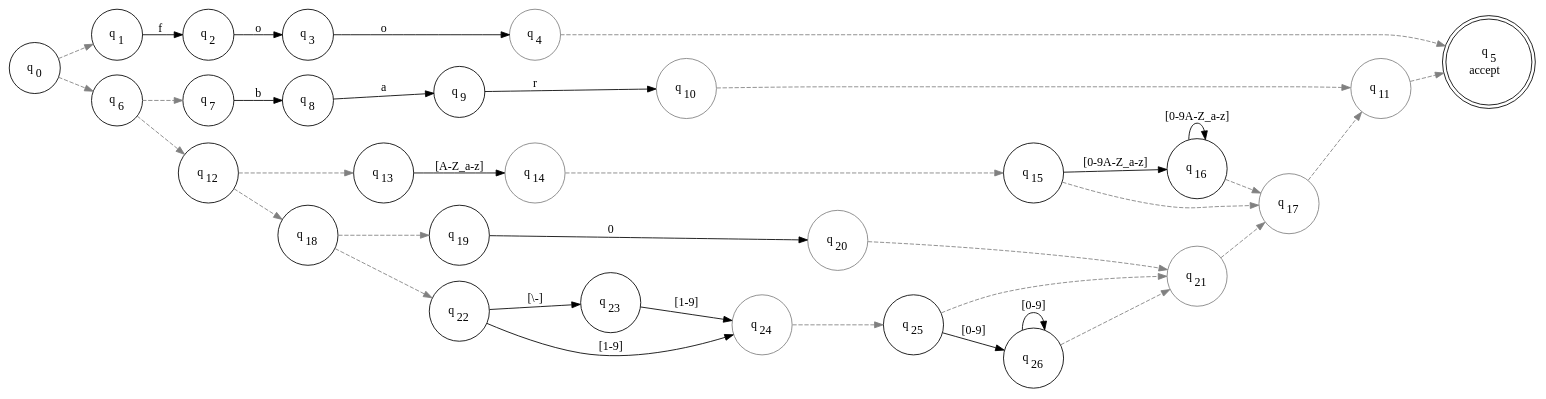
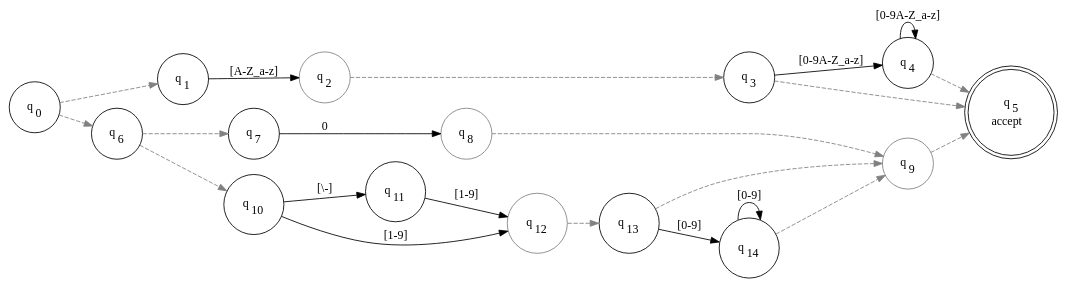
The diagram in SimpleDemo/expression_nfa.dot (codewitch-honey-crisis/FsmExplorer), drawn with Graphviz before and after one commit. The commit also changed 11 other files, not shown here.

```diff
--- a/SimpleDemo/expression_nfa.dot
+++ b/SimpleDemo/expression_nfa.dot
@@ -1,68 +1,42 @@
 digraph FA {
 rankdir=LR
 node [shape=circle]
 q0->q1 [style=dashed,color=gray]
 q0->q6 [style=dashed,color=gray]
-q1->q2 [label="f"]
-q2->q3 [label="o"]
-q3->q4 [label="o"]
+q1->q2 [label="[A-Z_a-z]"]
+q2->q3 [style=dashed,color=gray]
+q3->q4 [label="[0-9A-Z_a-z]"]
+q3->q5 [style=dashed,color=gray]
+q4->q4 [label="[0-9A-Z_a-z]"]
 q4->q5 [style=dashed,color=gray]
 q6->q7 [style=dashed,color=gray]
-q6->q12 [style=dashed,color=gray]
-q7->q8 [label="b"]
-q8->q9 [label="a"]
-q9->q10 [label="r"]
-q10->q11 [style=dashed,color=gray]
-q11->q5 [style=dashed,color=gray]
+q6->q10 [style=dashed,color=gray]
+q7->q8 [label="0"]
+q8->q9 [style=dashed,color=gray]
+q9->q5 [style=dashed,color=gray]
+q10->q11 [label="[\\-]"]
+q10->q12 [label="[1-9]"]
+q11->q12 [label="[1-9]"]
 q12->q13 [style=dashed,color=gray]
-q12->q18 [style=dashed,color=gray]
-q13->q14 [label="[A-Z_a-z]"]
-q14->q15 [style=dashed,color=gray]
-q15->q16 [label="[0-9A-Z_a-z]"]
-q15->q17 [style=dashed,color=gray]
-q16->q16 [label="[0-9A-Z_a-z]"]
-q16->q17 [style=dashed,color=gray]
-q17->q11 [style=dashed,color=gray]
-q18->q19 [style=dashed,color=gray]
-q18->q22 [style=dashed,color=gray]
-q19->q20 [label="0"]
-q20->q21 [style=dashed,color=gray]
-q21->q17 [style=dashed,color=gray]
-q22->q23 [label="[\\-]"]
-q22->q24 [label="[1-9]"]
-q23->q24 [label="[1-9]"]
-q24->q25 [style=dashed,color=gray]
-q25->q26 [label="[0-9]"]
-q25->q21 [style=dashed,color=gray]
-q26->q26 [label="[0-9]"]
-q26->q21 [style=dashed,color=gray]
+q13->q14 [label="[0-9]"]
+q13->q9 [style=dashed,color=gray]
+q14->q14 [label="[0-9]"]
+q14->q9 [style=dashed,color=gray]
 q0 [label=<<TABLE BORDER="0"><TR><TD>q<SUB>0</SUB></TD></TR></TABLE>>]
 q1 [label=<<TABLE BORDER="0"><TR><TD>q<SUB>1</SUB></TD></TR></TABLE>>]
-q2 [label=<<TABLE BORDER="0"><TR><TD>q<SUB>2</SUB></TD></TR></TABLE>>]
+q2 [label=<<TABLE BORDER="0"><TR><TD>q<SUB>2</SUB></TD></TR></TABLE>>,color=gray]
 q3 [label=<<TABLE BORDER="0"><TR><TD>q<SUB>3</SUB></TD></TR></TABLE>>]
-q4 [label=<<TABLE BORDER="0"><TR><TD>q<SUB>4</SUB></TD></TR></TABLE>>,color=gray]
+q4 [label=<<TABLE BORDER="0"><TR><TD>q<SUB>4</SUB></TD></TR></TABLE>>]
 q5 [label=<<TABLE BORDER="0"><TR><TD>q<SUB>5</SUB></TD></TR><TR><TD>accept</TD></TR></TABLE>>,shape=doublecircle]
 q6 [label=<<TABLE BORDER="0"><TR><TD>q<SUB>6</SUB></TD></TR></TABLE>>]
 q7 [label=<<TABLE BORDER="0"><TR><TD>q<SUB>7</SUB></TD></TR></TABLE>>]
-q8 [label=<<TABLE BORDER="0"><TR><TD>q<SUB>8</SUB></TD></TR></TABLE>>]
-q9 [label=<<TABLE BORDER="0"><TR><TD>q<SUB>9</SUB></TD></TR></TABLE>>]
-q10 [label=<<TABLE BORDER="0"><TR><TD>q<SUB>10</SUB></TD></TR></TABLE>>,color=gray]
-q11 [label=<<TABLE BORDER="0"><TR><TD>q<SUB>11</SUB></TD></TR></TABLE>>,color=gray]
-q12 [label=<<TABLE BORDER="0"><TR><TD>q<SUB>12</SUB></TD></TR></TABLE>>]
+q8 [label=<<TABLE BORDER="0"><TR><TD>q<SUB>8</SUB></TD></TR></TABLE>>,color=gray]
+q9 [label=<<TABLE BORDER="0"><TR><TD>q<SUB>9</SUB></TD></TR></TABLE>>,color=gray]
+q10 [label=<<TABLE BORDER="0"><TR><TD>q<SUB>10</SUB></TD></TR></TABLE>>]
+q11 [label=<<TABLE BORDER="0"><TR><TD>q<SUB>11</SUB></TD></TR></TABLE>>]
+q12 [label=<<TABLE BORDER="0"><TR><TD>q<SUB>12</SUB></TD></TR></TABLE>>,color=gray]
 q13 [label=<<TABLE BORDER="0"><TR><TD>q<SUB>13</SUB></TD></TR></TABLE>>]
-q14 [label=<<TABLE BORDER="0"><TR><TD>q<SUB>14</SUB></TD></TR></TABLE>>,color=gray]
-q15 [label=<<TABLE BORDER="0"><TR><TD>q<SUB>15</SUB></TD></TR></TABLE>>]
-q16 [label=<<TABLE BORDER="0"><TR><TD>q<SUB>16</SUB></TD></TR></TABLE>>]
-q17 [label=<<TABLE BORDER="0"><TR><TD>q<SUB>17</SUB></TD></TR></TABLE>>,color=gray]
-q18 [label=<<TABLE BORDER="0"><TR><TD>q<SUB>18</SUB></TD></TR></TABLE>>]
-q19 [label=<<TABLE BORDER="0"><TR><TD>q<SUB>19</SUB></TD></TR></TABLE>>]
-q20 [label=<<TABLE BORDER="0"><TR><TD>q<SUB>20</SUB></TD></TR></TABLE>>,color=gray]
-q21 [label=<<TABLE BORDER="0"><TR><TD>q<SUB>21</SUB></TD></TR></TABLE>>,color=gray]
-q22 [label=<<TABLE BORDER="0"><TR><TD>q<SUB>22</SUB></TD></TR></TABLE>>]
-q23 [label=<<TABLE BORDER="0"><TR><TD>q<SUB>23</SUB></TD></TR></TABLE>>]
-q24 [label=<<TABLE BORDER="0"><TR><TD>q<SUB>24</SUB></TD></TR></TABLE>>,color=gray]
-q25 [label=<<TABLE BORDER="0"><TR><TD>q<SUB>25</SUB></TD></TR></TABLE>>]
-q26 [label=<<TABLE BORDER="0"><TR><TD>q<SUB>26</SUB></TD></TR></TABLE>>]
+q14 [label=<<TABLE BORDER="0"><TR><TD>q<SUB>14</SUB></TD></TR></TABLE>>]
 q5 [shape=doublecircle]
-q4,q10,q11,q14,q17,q20,q21,q24 [color=gray]
+q2,q8,q9,q12 [color=gray]
 }
```
